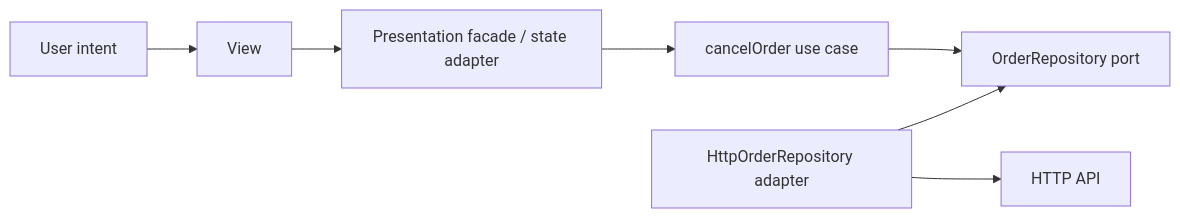
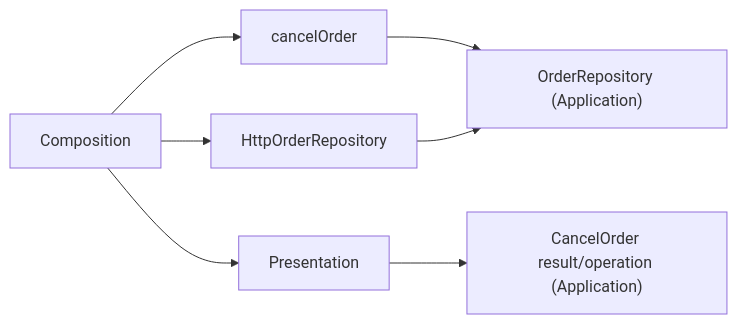
Before and after one commit to AndresTaoFlorez/software-architecture: the second of 2 diagrams in clean-architecture/4-building-a-feature.md, drawn with Mermaid. The commit also changed other lines of this file and 13 other files, not shown here.

````diff
--- a/clean-architecture/4-building-a-feature.md
+++ b/clean-architecture/4-building-a-feature.md
@@ -163,6 +225,9 @@
 ```mermaid
 flowchart LR
-    U["User intent"] --> V["View"] --> P["Presentation facade / state adapter"] --> UC["cancelOrder use case"] --> PORT["OrderRepository port"]
-    HTTP["HttpOrderRepository adapter"] --> PORT
-    HTTP --> API["HTTP API"]
+    UC["cancelOrder"] --> PORT["OrderRepository (Application)"]
+    HTTP["HttpOrderRepository"] --> PORT
+    ROOT["Composition"] --> UC
+    ROOT --> HTTP
+    ROOT --> UI["Presentation"]
+    UI --> APP["CancelOrder result/operation (Application)"]
 ```
````
